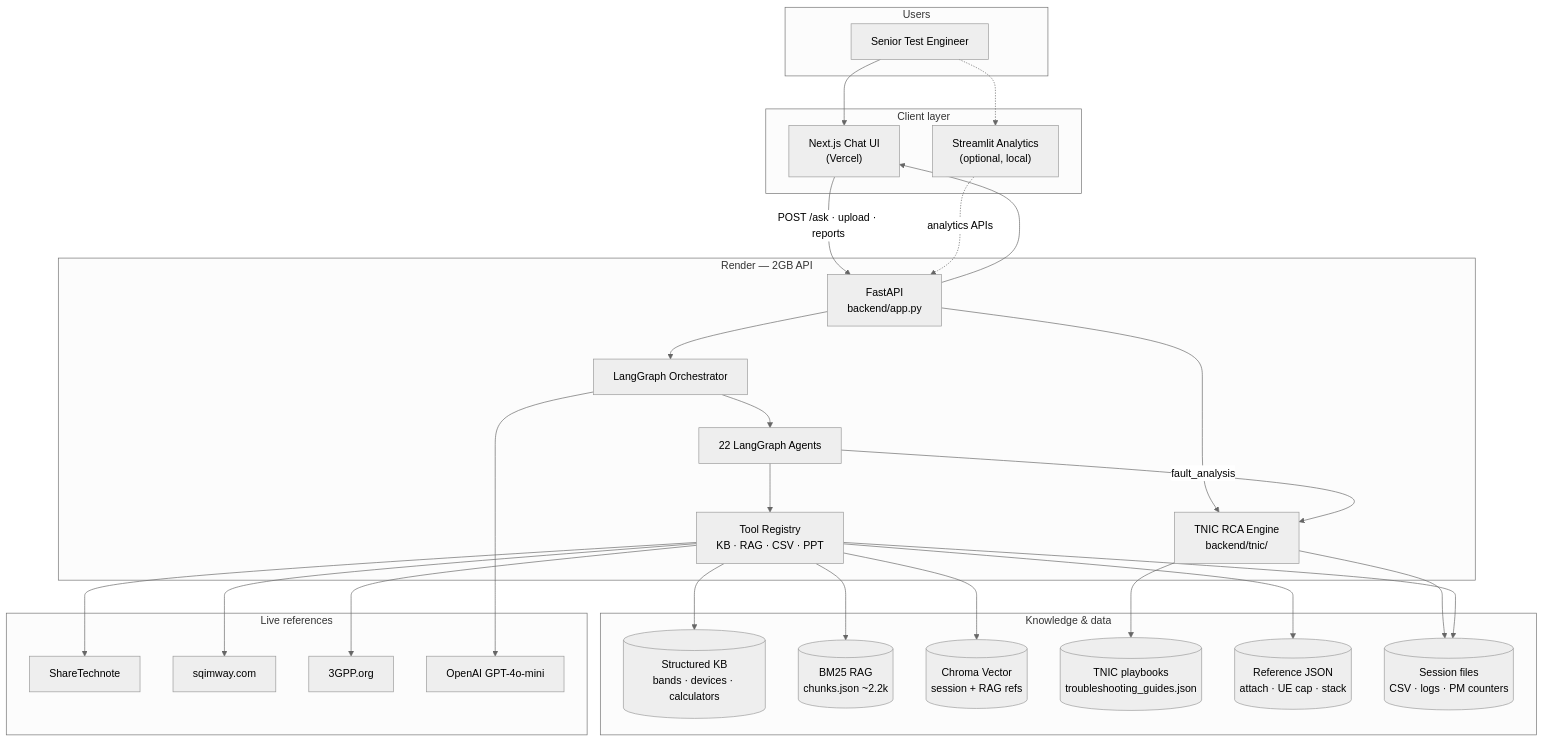
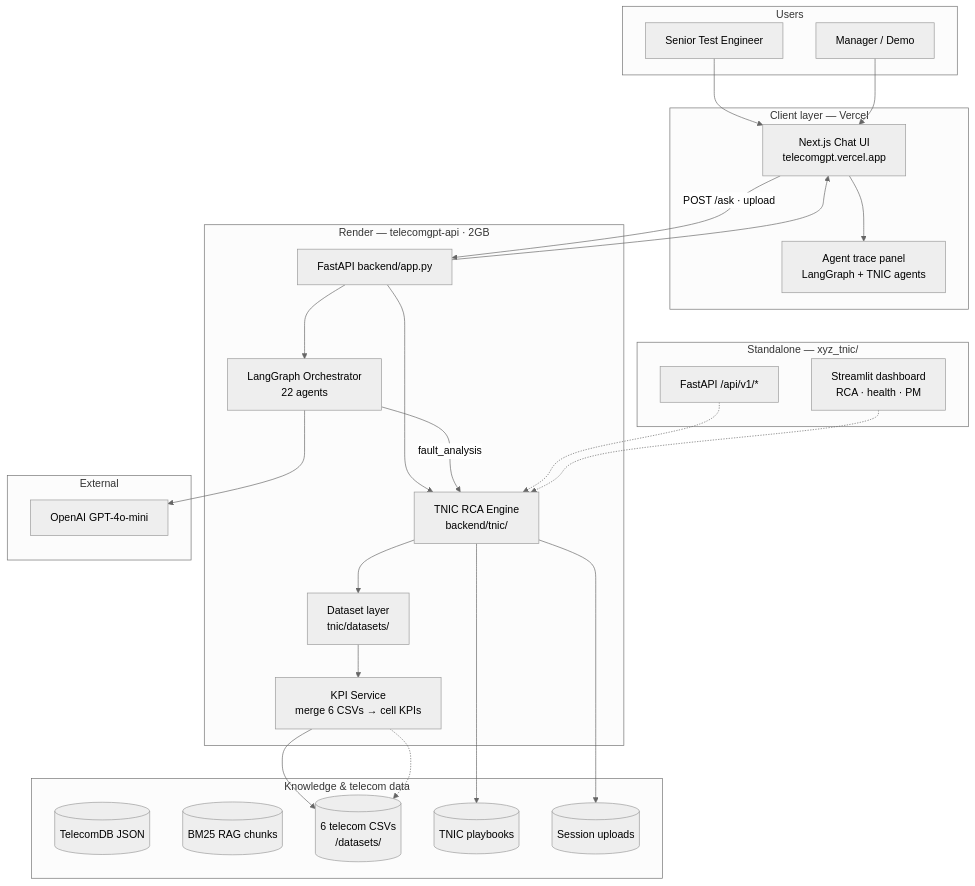
Before and after one commit to aqil2020in/telecomgpt: the first of 10 diagrams in docs/ARCHITECTURE.md, drawn with Mermaid (neutral theme). The commit also changed other lines of this file and 1 other file, not shown here.

First line of the commit message:
Update architecture diagrams for TNIC, datasets, and deployment

````diff
--- a/docs/ARCHITECTURE.md
+++ b/docs/ARCHITECTURE.md
@@ -11,57 +13,56 @@
 ```mermaid
 flowchart TB
     subgraph Users["Users"]
         TE[Senior Test Engineer]
+        MGR[Manager / Demo]
     end
 
-    subgraph Client["Client layer"]
-        Next["Next.js Chat UI\n(Vercel)"]
-        ST["Streamlit Analytics\n(optional, local)"]
+    subgraph Client["Client layer — Vercel"]
+        Next["Next.js Chat UI\ntelecomgpt.vercel.app"]
+        Trace["Agent trace panel\nLangGraph + TNIC agents"]
     end
 
-    subgraph Render["Render — 2GB API"]
-        API["FastAPI\nbackend/app.py"]
-        LG["LangGraph Orchestrator"]
+    subgraph Render["Render — telecomgpt-api · 2GB"]
+        API["FastAPI backend/app.py"]
+        LG["LangGraph Orchestrator\n22 agents"]
         TNIC["TNIC RCA Engine\nbackend/tnic/"]
-        Tools["Tool Registry\nKB · RAG · CSV · PPT"]
-        Agents["22 LangGraph Agents"]
+        DS["Dataset layer\ntnic/datasets/"]
+        KPI["KPI Service\nmerge 6 CSVs → cell KPIs"]
     end
 
-    subgraph Knowledge["Knowledge & data"]
-        KB[("Structured KB\nbands · devices · calculators")]
-        Chunks[("BM25 RAG\nchunks.json ~2.2k")]
-        Chroma[("Chroma Vector\nsession + RAG refs")]
-        TNIC_KB[("TNIC playbooks\ntroubleshooting_guides.json")]
-        Refs[("Reference JSON\nattach · UE cap · stack")]
-        Session[("Session files\nCSV · logs · PM counters")]
+    subgraph Standalone["Standalone — xyz_tnic/"]
+        TNIC_API["FastAPI /api/v1/*"]
+        ST_DASH["Streamlit dashboard\nRCA · health · PM"]
     end
 
-    subgraph External["Live references"]
-        STweb["ShareTechnote"]
-        SQ["sqimway.com"]
-        GPP["3GPP.org"]
+    subgraph Data["Knowledge & telecom data"]
+        KB[("TelecomDB JSON")]
+        Chunks[("BM25 RAG chunks")]
+        DS6[("6 telecom CSVs\n/datasets/")]
+        TNIC_KB[("TNIC playbooks")]
+        Session[("Session uploads")]
+    end
+
+    subgraph External["External"]
         OAI["OpenAI GPT-4o-mini"]
     end
 
     TE --> Next
-    TE -.-> ST
-    Next -->|POST /ask · upload · reports| API
-    ST -.->|analytics APIs| API
+    MGR --> Next
+    Next --> Trace
+    Next -->|POST /ask · upload| API
     API --> LG
     API --> TNIC
-    LG --> Agents
-    Agents -->|fault_analysis| TNIC
-    Agents --> Tools
+    LG -->|fault_analysis| TNIC
+    TNIC --> DS
+    DS --> KPI
+    KPI --> DS6
     TNIC --> TNIC_KB
     TNIC --> Session
-    Tools --> KB
-    Tools --> Chunks
-    Tools --> Chroma
-    Tools --> Refs
-    Tools --> Session
-    Tools --> STweb
-    Tools --> SQ
-    Tools --> GPP
     LG --> OAI
     API --> Next
+
+    TNIC_API -.-> TNIC
+    ST_DASH -.-> TNIC
+    KPI -.-> DS6
 ```
````
